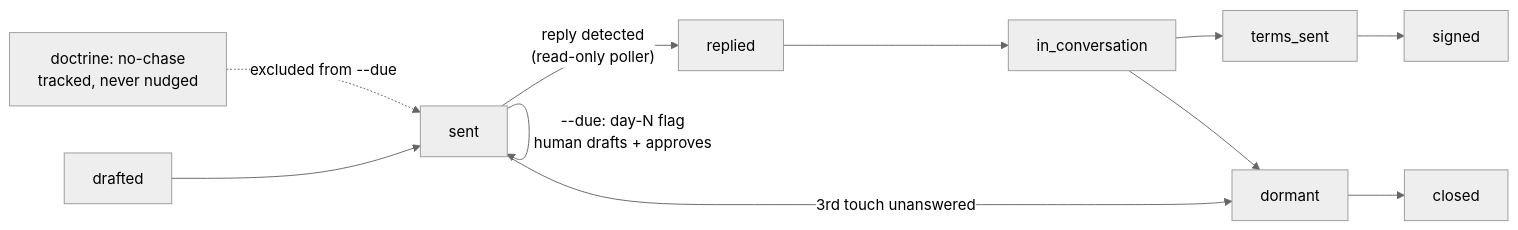
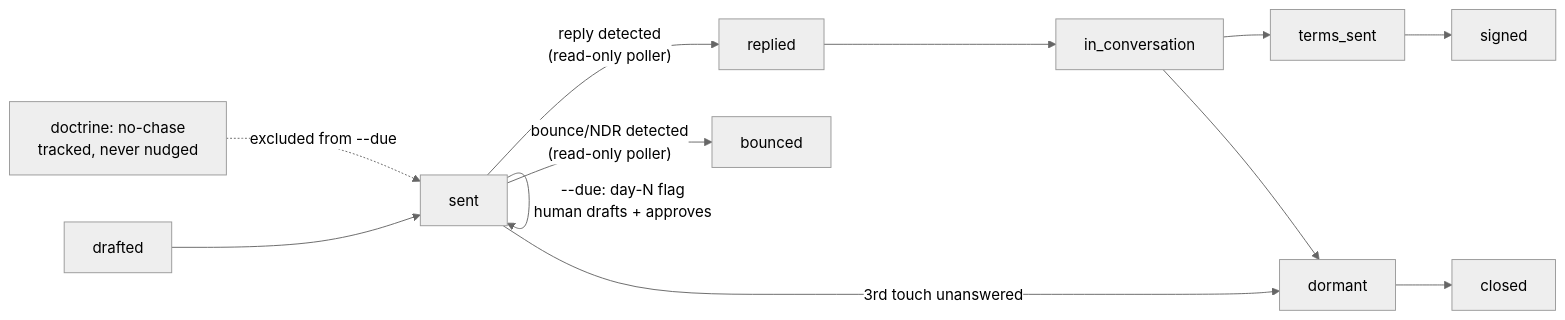
The diagram in README.md (b1rdmania/outreach-ledger), drawn with Mermaid (neutral theme) before and after one commit. The commit also changed other lines of this file and 3 other files, not shown here.

First line of the commit message:
Add bounce/NDR detection to the poller

````diff
--- a/README.md
+++ b/README.md
@@ -13,12 +14,13 @@
 ```mermaid
 flowchart LR
     D[drafted] --> S[sent]
     S -->|"reply detected<br>(read-only poller)"| R[replied]
+    S -->|"bounce/NDR detected<br>(read-only poller)"| B[bounced]
     S -->|"--due: day-N flag<br>human drafts + approves"| S
     S -->|3rd touch unanswered| DM[dormant]
     R --> IC[in_conversation]
     IC --> TS[terms_sent] --> SG[signed]
     IC --> DM
     DM --> C[closed]
     NC["doctrine: no-chase<br>tracked, never nudged"] -.excluded from --due.-> S
 ```
````
